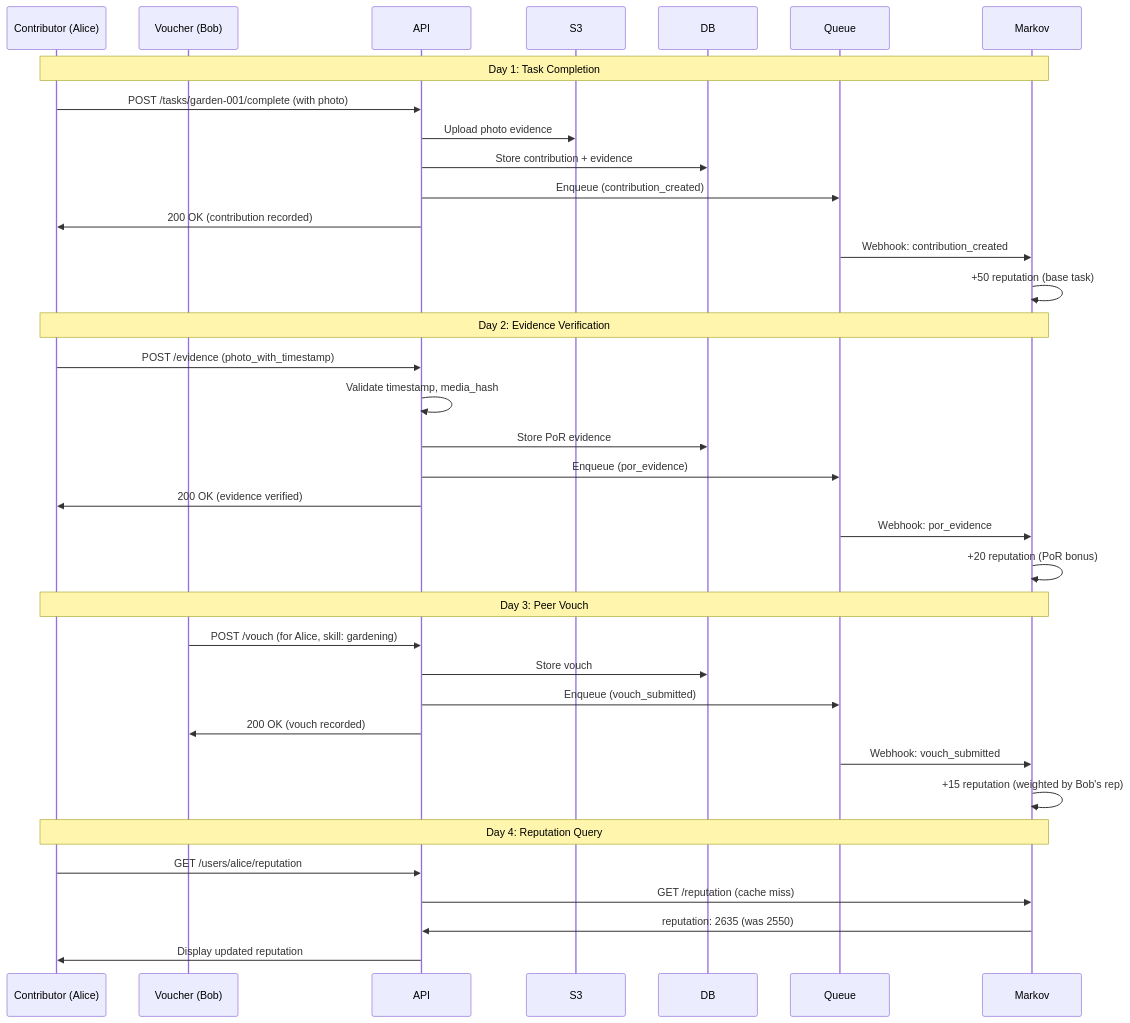
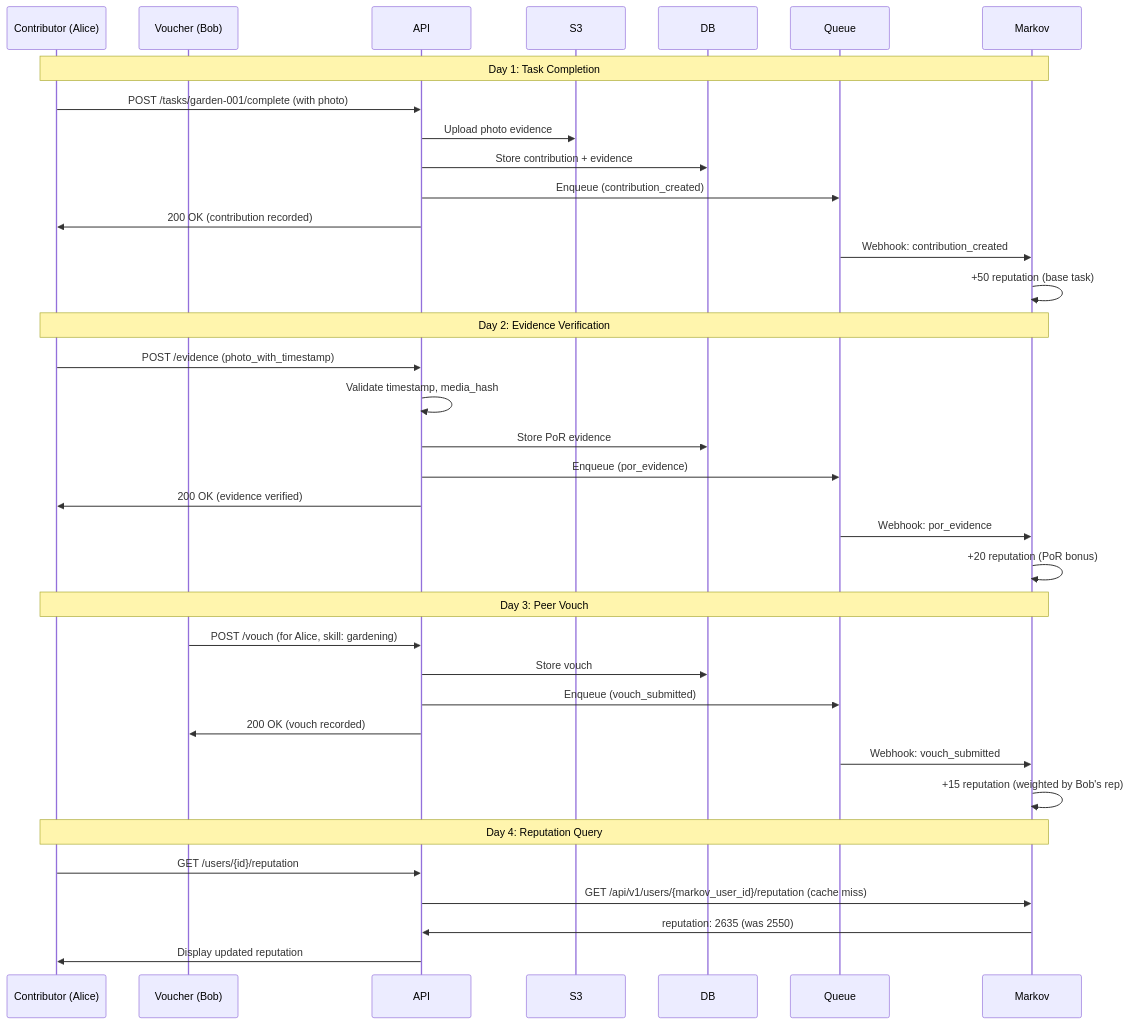
One commit to balungpisah/gotong-royong changed the tenth of 10 diagrams in docs/architecture/data-flow.md. Above: the diagram before and after it, drawn with Mermaid. The commit also changed other lines of this file and 2 other files, not shown here.

Commit message:
docs(architecture): clarify markov integration prerequisites and reputation endpoint

````diff
--- a/docs/architecture/data-flow.md
+++ b/docs/architecture/data-flow.md
@@ -407,49 +407,49 @@
 ```mermaid
 sequenceDiagram
     participant C as Contributor (Alice)
     participant V as Voucher (Bob)
     participant API
     participant S3
     participant DB
     participant Queue
     participant Markov
 
     Note over C,Markov: Day 1: Task Completion
 
     C->>API: POST /tasks/garden-001/complete (with photo)
     API->>S3: Upload photo evidence
     API->>DB: Store contribution + evidence
     API->>Queue: Enqueue (contribution_created)
     API->>C: 200 OK (contribution recorded)
 
     Queue->>Markov: Webhook: contribution_created
     Markov->>Markov: +50 reputation (base task)
 
     Note over C,Markov: Day 2: Evidence Verification
 
     C->>API: POST /evidence (photo_with_timestamp)
     API->>API: Validate timestamp, media_hash
     API->>DB: Store PoR evidence
     API->>Queue: Enqueue (por_evidence)
     API->>C: 200 OK (evidence verified)
 
     Queue->>Markov: Webhook: por_evidence
     Markov->>Markov: +20 reputation (PoR bonus)
 
     Note over C,Markov: Day 3: Peer Vouch
 
     V->>API: POST /vouch (for Alice, skill: gardening)
     API->>DB: Store vouch
     API->>Queue: Enqueue (vouch_submitted)
     API->>V: 200 OK (vouch recorded)
 
     Queue->>Markov: Webhook: vouch_submitted
     Markov->>Markov: +15 reputation (weighted by Bob's rep)
 
     Note over C,Markov: Day 4: Reputation Query
 
-    C->>API: GET /users/alice/reputation
-    API->>Markov: GET /reputation (cache miss)
+    C->>API: GET /users/{id}/reputation
+    API->>Markov: GET /api/v1/users/{markov_user_id}/reputation (cache miss)
     Markov->>API: reputation: 2635 (was 2550)
     API->>C: Display updated reputation
 ```
````
